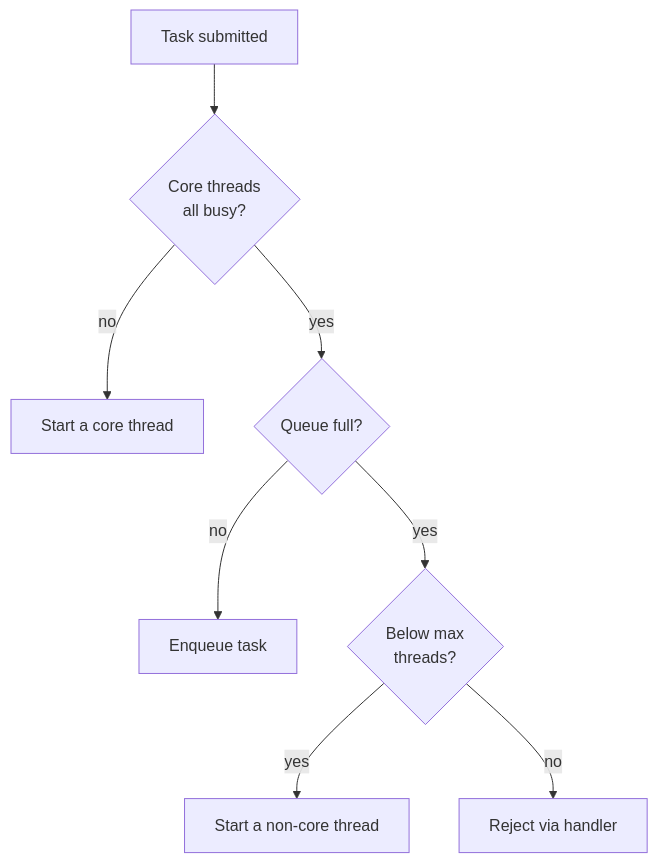
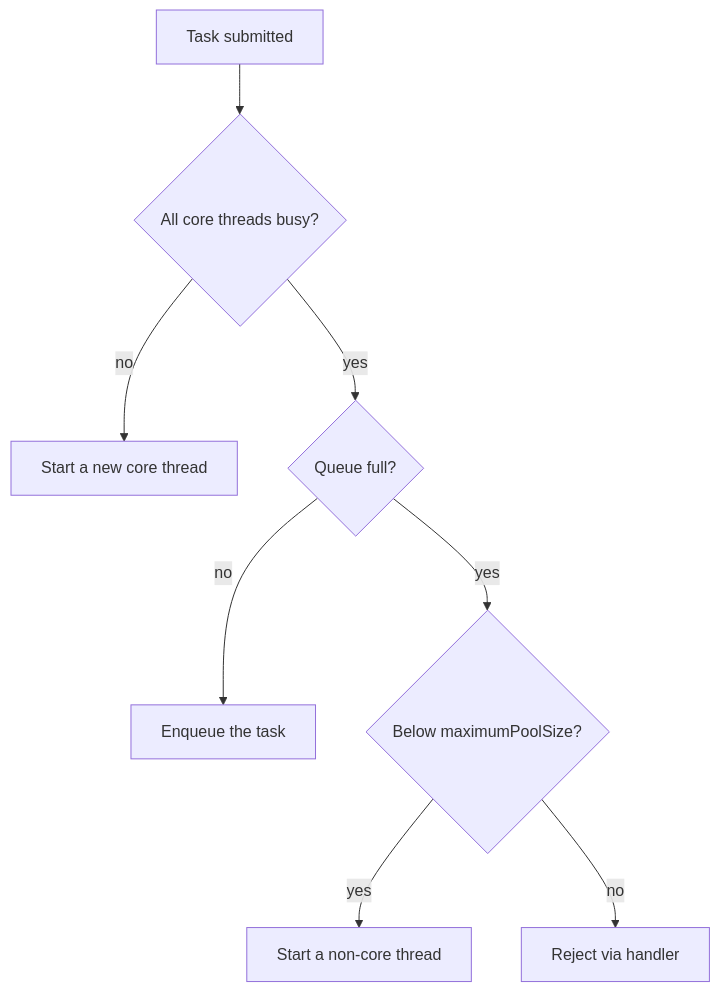
The diagram in src/modules/java/content/09-concurrency/04-executors.md (mohammad-mriesh-job/cortex), drawn with Mermaid before and after one commit. The commit also changed other lines of this file and 257 other files, not shown here.

````diff
--- a/src/modules/java/content/09-concurrency/04-executors.md
+++ b/src/modules/java/content/09-concurrency/04-executors.md
@@ -81,10 +81,10 @@
 ```mermaid
 flowchart TD
-    A[Task submitted] --> B{Core threads<br/>all busy?}
-    B -->|no| C[Start a core thread]
-    B -->|yes| D{Queue full?}
-    D -->|no| E[Enqueue task]
-    D -->|yes| F{Below max<br/>threads?}
-    F -->|yes| G[Start a non-core thread]
-    F -->|no| H[Reject via handler]
+    A["Task submitted"] --> B{"All core threads busy?"}
+    B -->|no| C["Start a new core thread"]
+    B -->|yes| D{"Queue full?"}
+    D -->|no| E["Enqueue the task"]
+    D -->|yes| F{"Below maximumPoolSize?"}
+    F -->|yes| G["Start a non-core thread"]
+    F -->|no| H["Reject via handler"]
 ```
````
